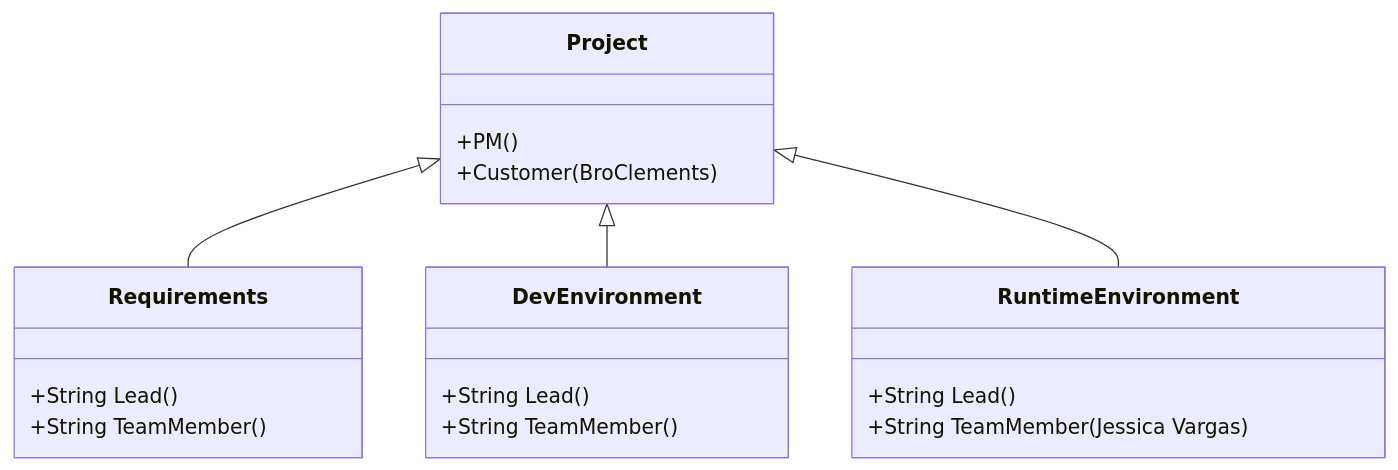
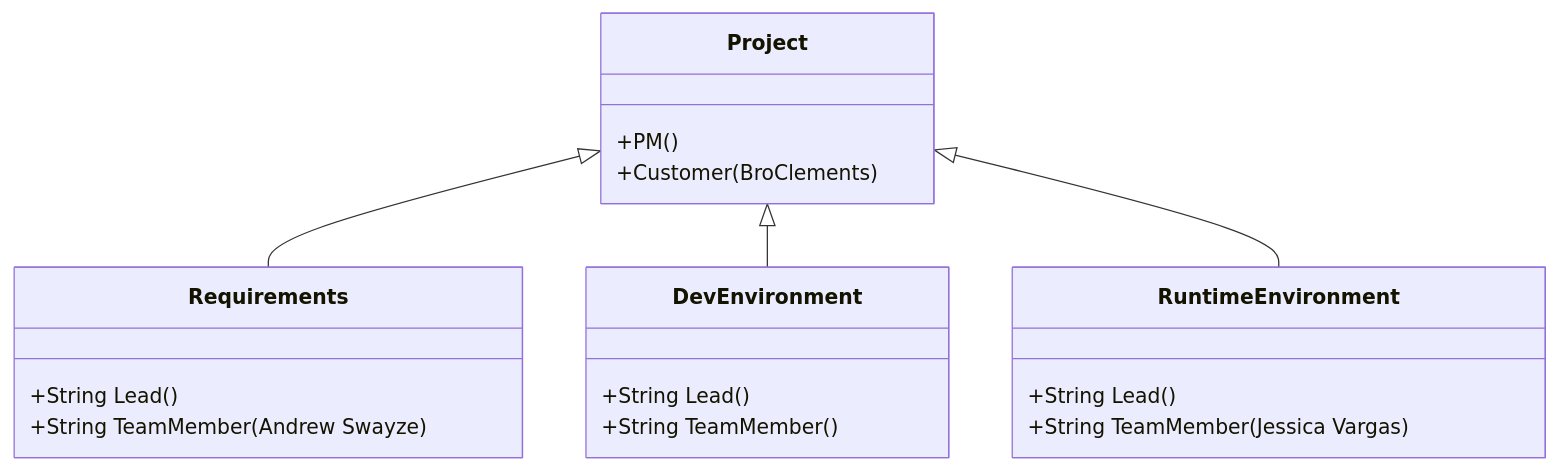
Before and after one commit to byui-cse397/2024WinCSE490PCP: the first of 2 diagrams in ProjectManagement/OrganizationChart/OrganizationChart.md, drawn with Mermaid. The commit also changed other lines of this file, not shown here.

Commit message:
Update OrganizationChart.md
Added myself (Andrew Swayze) to the Organization Chart

````diff
--- a/ProjectManagement/OrganizationChart/OrganizationChart.md
+++ b/ProjectManagement/OrganizationChart/OrganizationChart.md
@@ -2,20 +2,20 @@
 ```mermaid
 classDiagram
       Project <|-- Requirements
       Project <|-- DevEnvironment
       Project <|-- RuntimeEnvironment
       Project : +PM()
       Project : +Customer(BroClements)
       class Requirements{
           +String Lead()
-          +String TeamMember()
+          +String TeamMember(Andrew Swayze)
       }
       class DevEnvironment{
           +String Lead()
           +String TeamMember()
       }
       class RuntimeEnvironment{
           +String Lead()
           +String TeamMember(Jessica Vargas)
       }
 ```
````
